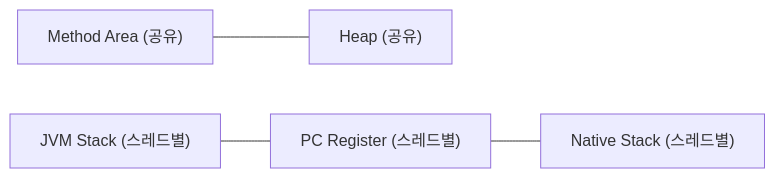
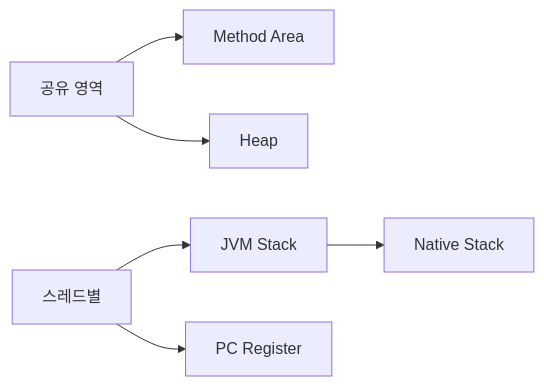
Before and after one commit to yjkim2015/yjkim2015.github.io: the third of 5 diagrams in _posts/java/2026-05-02-jvm-architecture.md, drawn with Mermaid. The commit also changed other lines of this file and 245 other files, not shown here.

First line of the commit message:
Mermaid 다이어그램 전면 수정 + 면접 포인트 접기/펼치기 + DB 데드락 페이지

````diff
--- a/_posts/java/2026-05-02-jvm-architecture.md
+++ b/_posts/java/2026-05-02-jvm-architecture.md
@@ -389,6 +389,8 @@
 ```mermaid
 graph LR
-    MA["Method Area (공유)"] --- HP["Heap (공유)"]
-    ST["JVM Stack (스레드별)"] --- PC["PC Register (스레드별)"]
-    PC --- NS["Native Stack (스레드별)"]
+    A["공유 영역"] --> B["Method Area"]
+    A --> C["Heap"]
+    D["스레드별"] --> E["JVM Stack"]
+    D --> F["PC Register"]
+    E --> G["Native Stack"]
 ```
````
